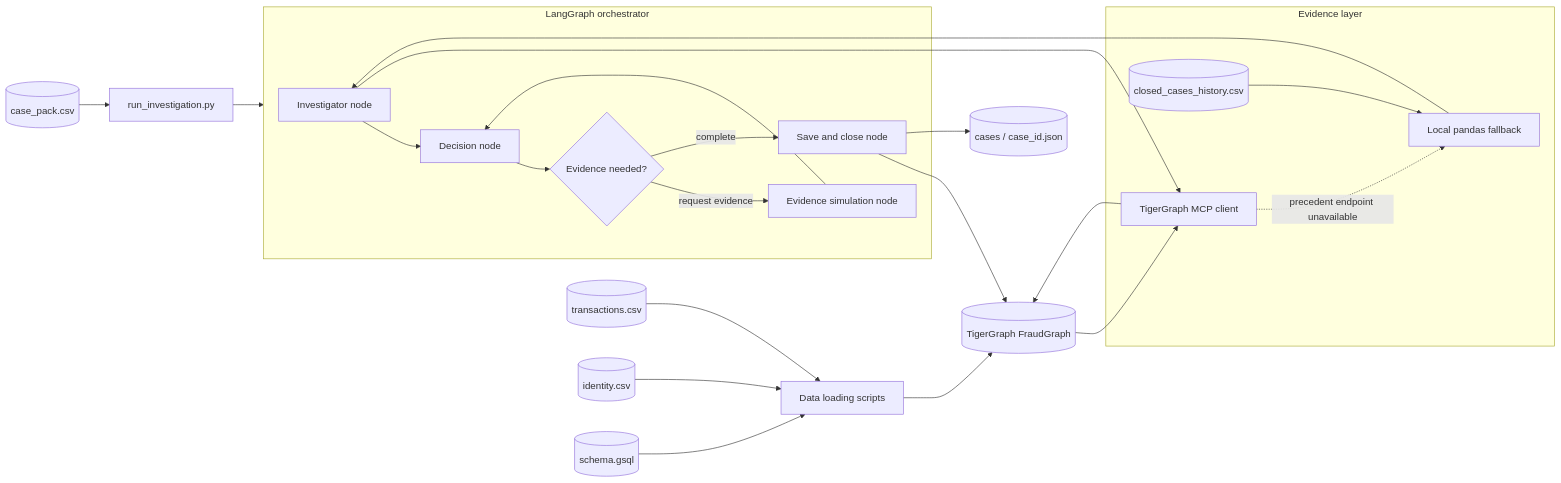
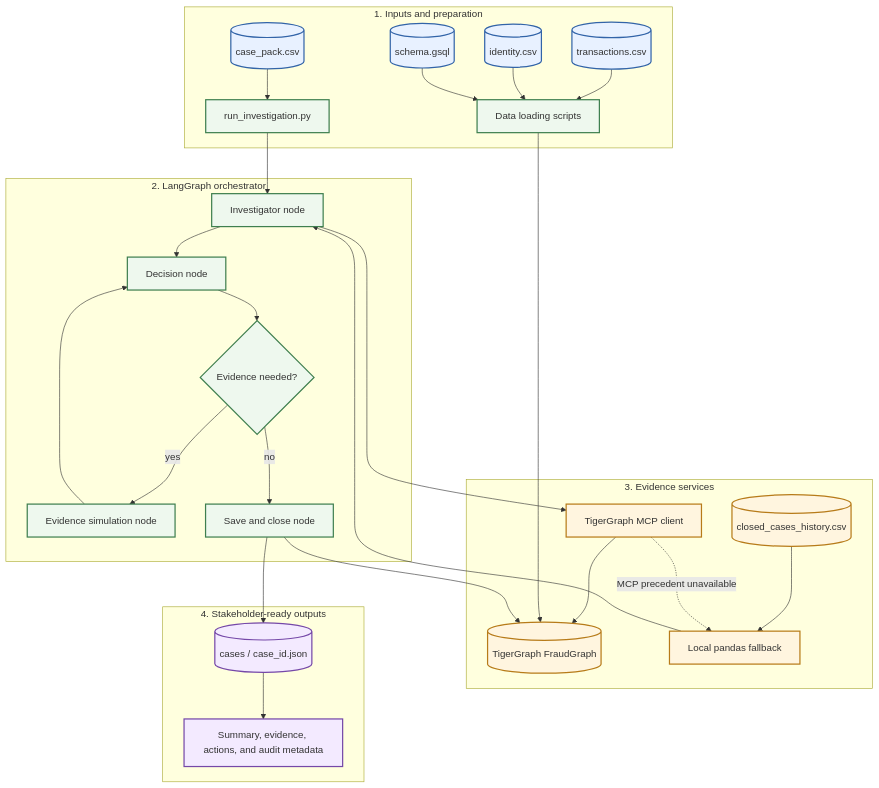
The first of 2 diagrams in README.md (OMIZOOMI/tigergraph-fraud-investigation), drawn with Mermaid before and after one commit.

Commit message:
Docs: Enlarged system architecture diagram

````diff
--- a/README.md
+++ b/README.md
@@ -62,38 +62,60 @@
 ```mermaid
-flowchart LR
-    casePack[(case_pack.csv)] --> runner[run_investigation.py]
-    transactions[(transactions.csv)] --> loader[Data loading scripts]
-    identity[(identity.csv)] --> loader
-    schema[(schema.gsql)] --> loader
-    loader --> tigerGraph[(TigerGraph FraudGraph)]
+flowchart TB
+    subgraph Inputs["1. Inputs and preparation"]
+        casePack[(case_pack.csv)]
+        transactions[(transactions.csv)]
+        identity[(identity.csv)]
+        schema[(schema.gsql)]
+        loader[Data loading scripts]
+        runner[run_investigation.py]
+        transactions --> loader
+        identity --> loader
+        schema --> loader
+        casePack --> runner
+    end
 
-    subgraph Orchestrator[LangGraph orchestrator]
+    subgraph Orchestrator["2. LangGraph orchestrator"]
         investigator[Investigator node]
         decider[Decision node]
         evidenceLoop{Evidence needed?}
         simulate[Evidence simulation node]
         writer[Save and close node]
         investigator --> decider
         decider --> evidenceLoop
-        evidenceLoop -->|request evidence| simulate
+        evidenceLoop -->|yes| simulate
         simulate --> decider
-        evidenceLoop -->|complete| writer
+        evidenceLoop -->|no| writer
     end
 
-    runner --> Orchestrator
-
-    subgraph Evidence[Evidence layer]
+    subgraph Evidence["3. Evidence services"]
         mcp[TigerGraph MCP client]
+        tigerGraph[(TigerGraph FraudGraph)]
+        history[(closed_cases_history.csv)]
         fallback[Local pandas fallback]
-        history[(closed_cases_history.csv)] --> fallback
+        mcp --> tigerGraph
+        history --> fallback
+        mcp -. MCP precedent unavailable .-> fallback
+        fallback --> investigator
     end
 
+    subgraph Outputs["4. Stakeholder-ready outputs"]
+        outputs[(cases / case_id.json)]
+        audit[Summary, evidence, actions, and audit metadata]
+        outputs --> audit
+    end
+
+    loader --> tigerGraph
+    runner --> investigator
     investigator --> mcp
-    mcp --> tigerGraph
-    mcp -. precedent endpoint unavailable .-> fallback
-    fallback --> investigator
-    tigerGraph --> mcp
+    writer --> tigerGraph
+    writer --> outputs
 
-    writer --> tigerGraph
-    writer --> outputs[(cases / case_id.json)]
+    classDef input fill:#e8f1ff,stroke:#3264a8,stroke-width:2px
+    classDef process fill:#eef8ee,stroke:#3f7f4f,stroke-width:2px
+    classDef evidence fill:#fff5df,stroke:#b77b19,stroke-width:2px
+    classDef output fill:#f3eaff,stroke:#7548a8,stroke-width:2px
+    class casePack,transactions,identity,schema input
+    class loader,runner,investigator,decider,evidenceLoop,simulate,writer process
+    class mcp,tigerGraph,history,fallback evidence
+    class outputs,audit output
 ```
````
